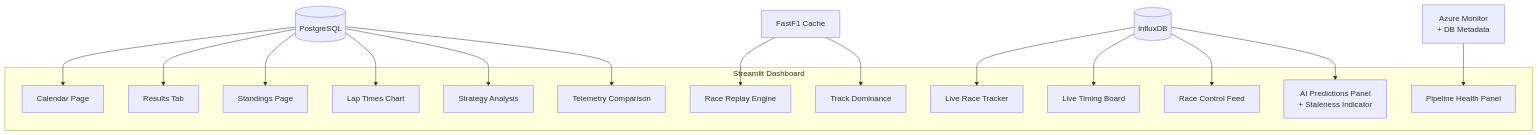
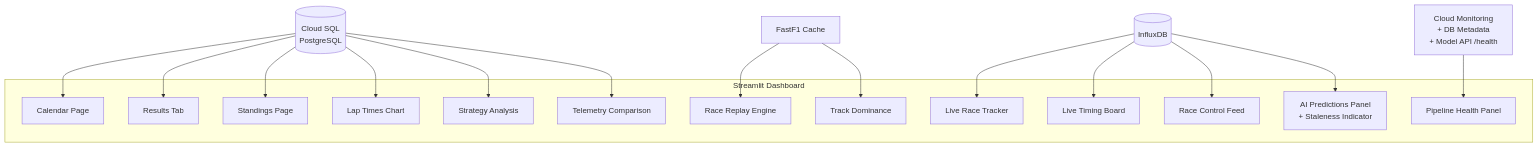
Before and after one commit to nmk-k66-uet/F1-Chubby-Data: the eighth of 11 diagrams in revised_plan.md, drawn with Mermaid. The commit also changed other lines of this file and 1 other file, not shown here.

````diff
--- a/revised_plan.md
+++ b/revised_plan.md
@@ -372,23 +435,23 @@
 ```mermaid
 flowchart TD
     subgraph Streamlit Dashboard
         CAL[Calendar Page]
         RES[Results Tab]
         STAND[Standings Page]
         LAPS[Lap Times Chart]
         STRAT[Strategy Analysis]
         TEL[Telemetry Comparison]
         REPLAY[Race Replay Engine]
         DOM[Track Dominance]
         LIVE_T[Live Race Tracker]
         LIVE_TM[Live Timing Board]
         LIVE_RC[Race Control Feed]
         LIVE_P[AI Predictions Panel<br/>+ Staleness Indicator]
         HEALTH[Pipeline Health Panel]
     end
 
-    PG[(PostgreSQL)] --> CAL & RES & STAND & LAPS & STRAT & TEL
+    PG[(Cloud SQL<br/>PostgreSQL)] --> CAL & RES & STAND & LAPS & STRAT & TEL
     INFLUX[(InfluxDB)] --> LIVE_T & LIVE_TM & LIVE_RC & LIVE_P
     FF1[FastF1 Cache] --> REPLAY & DOM
-    MONITOR[Azure Monitor<br/>+ DB Metadata] --> HEALTH
+    MONITOR[Cloud Monitoring<br/>+ DB Metadata<br/>+ Model API /health] --> HEALTH
 ```
````
